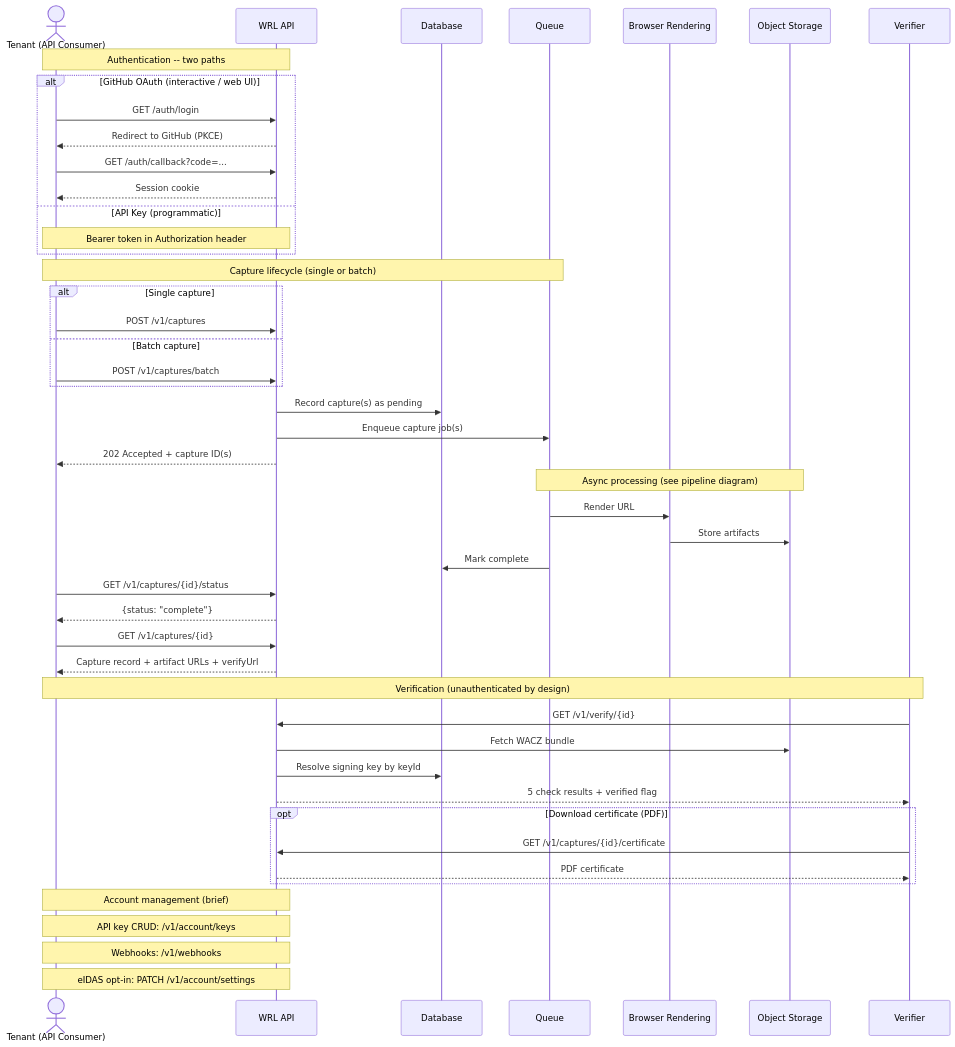
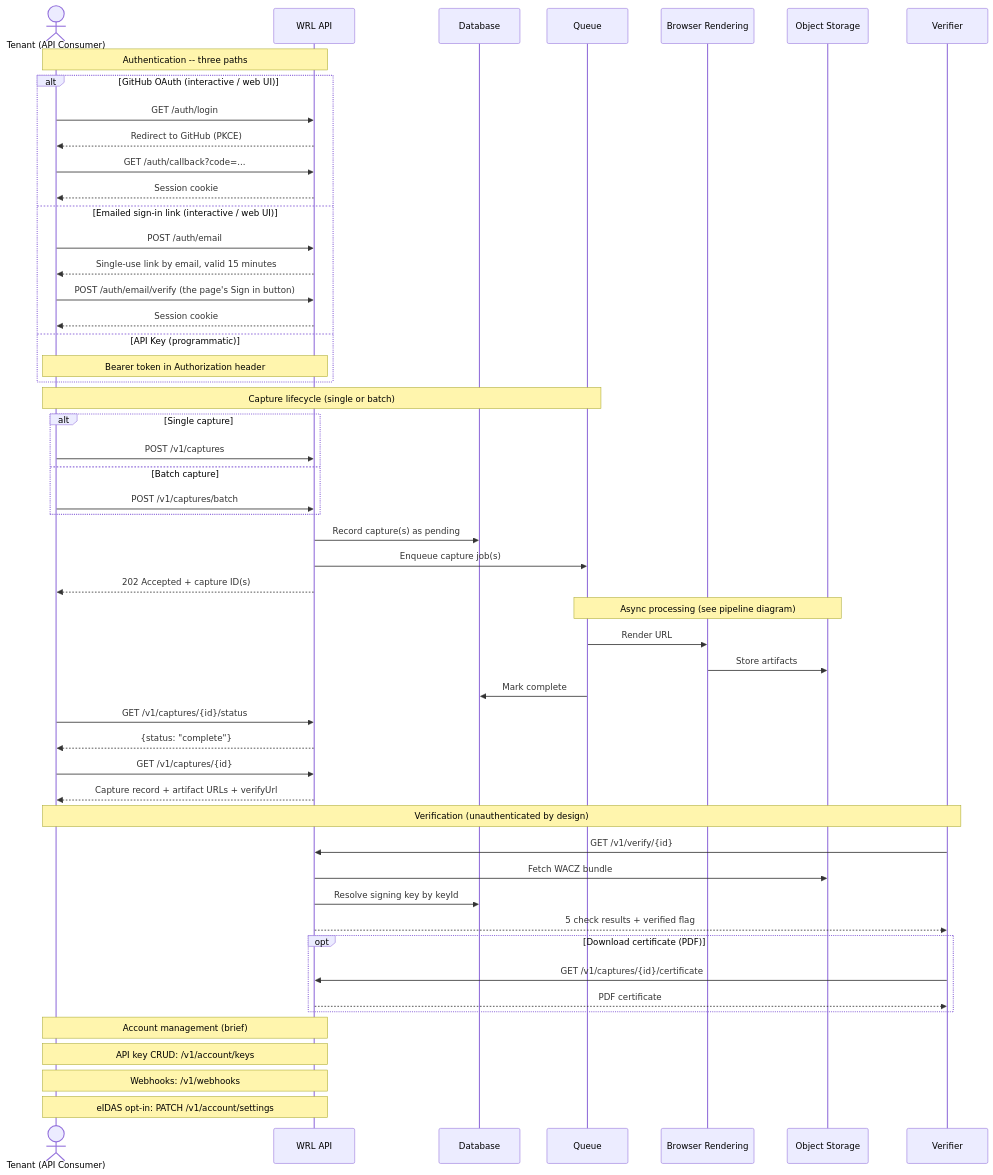
Before and after one commit to benpeter/web-resource-ledger: the first of 2 diagrams in site/content/architecture.md, drawn with Mermaid. The commit also changed other lines of this file and 1 other file, not shown here.

Commit message:
docs(architecture): the sequence diagram shows the emailed sign-in link

````diff
--- a/site/content/architecture.md
+++ b/site/content/architecture.md
@@ -15,60 +15,65 @@
 ```mermaid
 sequenceDiagram
     actor Tenant as Tenant (API Consumer)
     participant API as WRL API
     participant DB as Database
     participant Q as Queue
     participant Browser as Browser Rendering
     participant Storage as Object Storage
     participant Verifier as Verifier
 
-    note over Tenant,API: Authentication -- two paths
+    note over Tenant,API: Authentication -- three paths
 
     alt GitHub OAuth (interactive / web UI)
         Tenant->>API: GET /auth/login
         API-->>Tenant: Redirect to GitHub (PKCE)
         Tenant->>API: GET /auth/callback?code=...
+        API-->>Tenant: Session cookie
+    else Emailed sign-in link (interactive / web UI)
+        Tenant->>API: POST /auth/email
+        API-->>Tenant: Single-use link by email, valid 15 minutes
+        Tenant->>API: POST /auth/email/verify (the page's Sign in button)
         API-->>Tenant: Session cookie
     else API Key (programmatic)
         note over Tenant,API: Bearer token in Authorization header
     end
 
     note over Tenant,Q: Capture lifecycle (single or batch)
 
     alt Single capture
         Tenant->>API: POST /v1/captures
     else Batch capture
         Tenant->>API: POST /v1/captures/batch
     end
 
     API->>DB: Record capture(s) as pending
     API->>Q: Enqueue capture job(s)
     API-->>Tenant: 202 Accepted + capture ID(s)
 
     note over Q,Storage: Async processing (see pipeline diagram)
     Q->>Browser: Render URL
     Browser->>Storage: Store artifacts
     Q->>DB: Mark complete
 
     Tenant->>API: GET /v1/captures/{id}/status
     API-->>Tenant: {status: "complete"}
     Tenant->>API: GET /v1/captures/{id}
     API-->>Tenant: Capture record + artifact URLs + verifyUrl
 
     note over Tenant,Verifier: Verification (unauthenticated by design)
 
     Verifier->>API: GET /v1/verify/{id}
     API->>Storage: Fetch WACZ bundle
     API->>DB: Resolve signing key by keyId
     API-->>Verifier: 5 check results + verified flag
 
     opt Download certificate (PDF)
         Verifier->>API: GET /v1/captures/{id}/certificate
         API-->>Verifier: PDF certificate
     end
 
     note over Tenant,API: Account management (brief)
     note over Tenant,API: API key CRUD: /v1/account/keys
     note over Tenant,API: Webhooks: /v1/webhooks
     note over Tenant,API: eIDAS opt-in: PATCH /v1/account/settings
 ```
````
